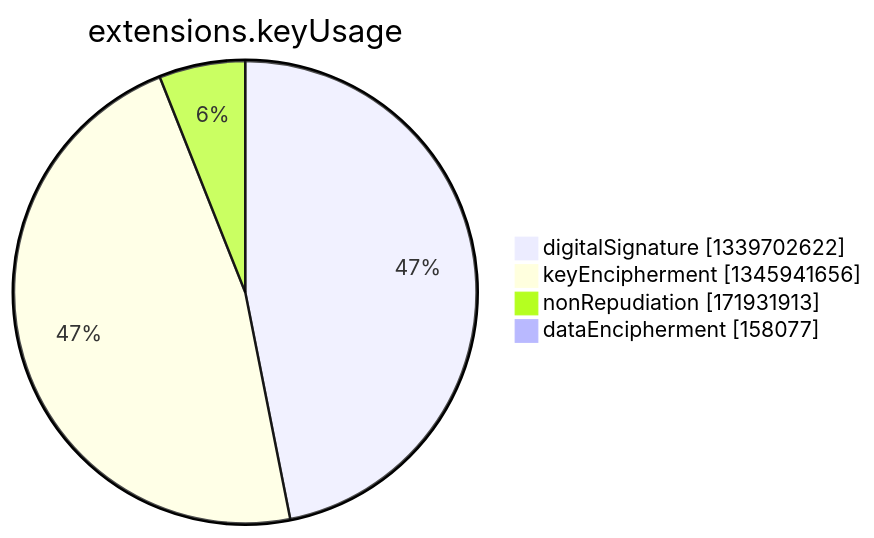
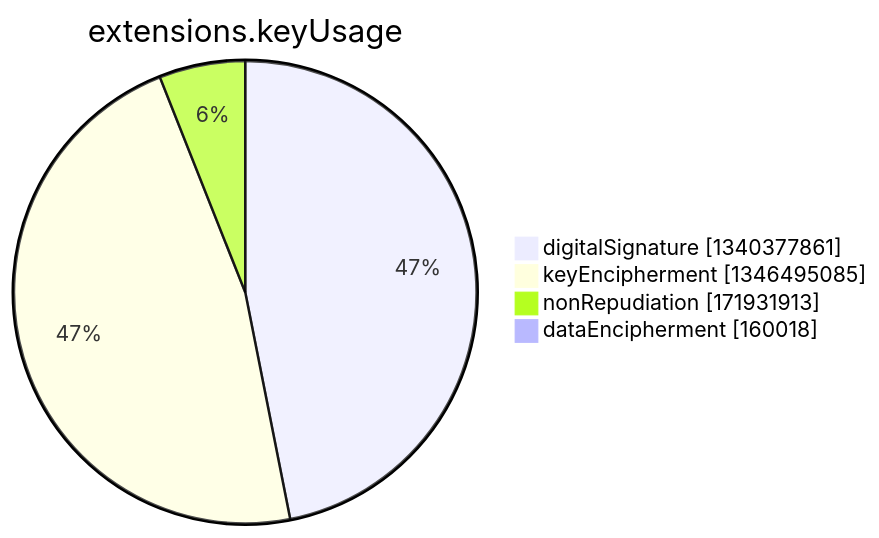
The seventh of 15 diagrams in argon2022/README.md (christiankrug/ctmonitor_visualization), drawn with Mermaid before and after one commit. The commit also changed other lines of this file, not shown here.

````diff
--- a/argon2022/README.md
+++ b/argon2022/README.md
@@ -2750,8 +2750,8 @@
 ```mermaid
 pie showData
 title extensions.keyUsage
-"digitalSignature" :1339702622
-"keyEncipherment" :1345941656
+"digitalSignature" :1340377861
+"keyEncipherment" :1346495085
 "nonRepudiation" :171931913
-"dataEncipherment" :158077
+"dataEncipherment" :160018
 ```
````
